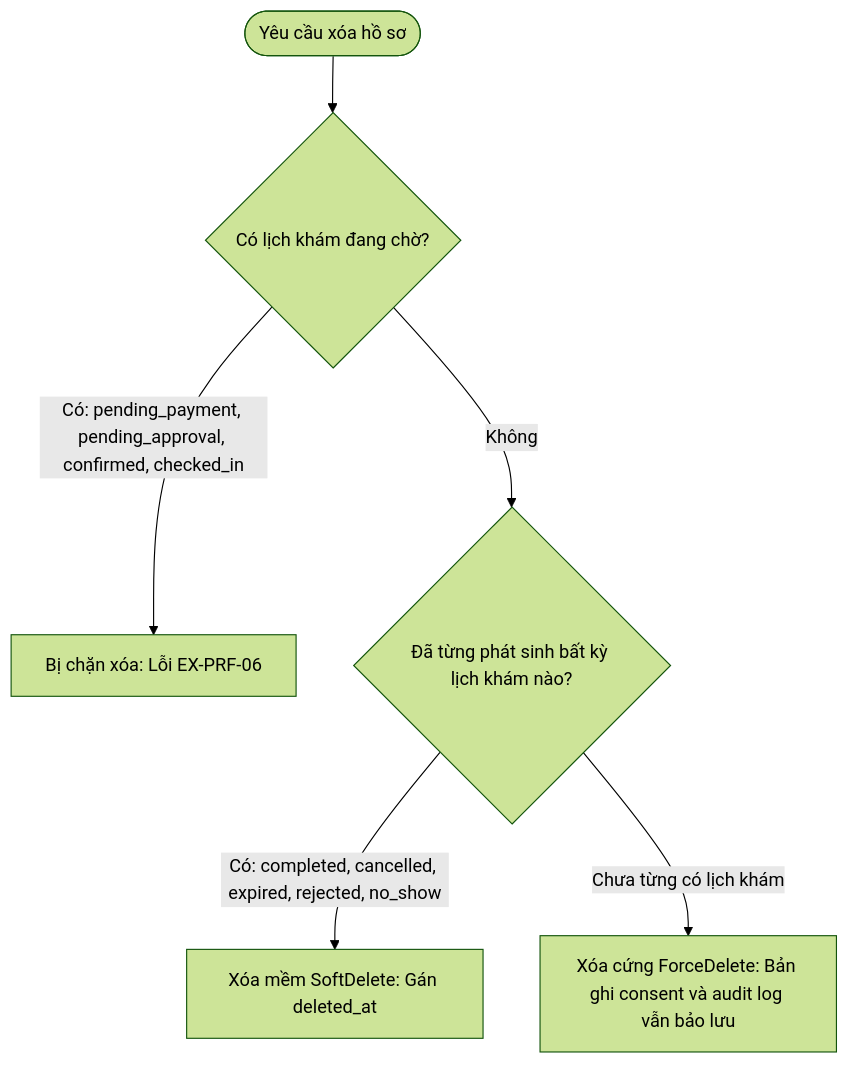
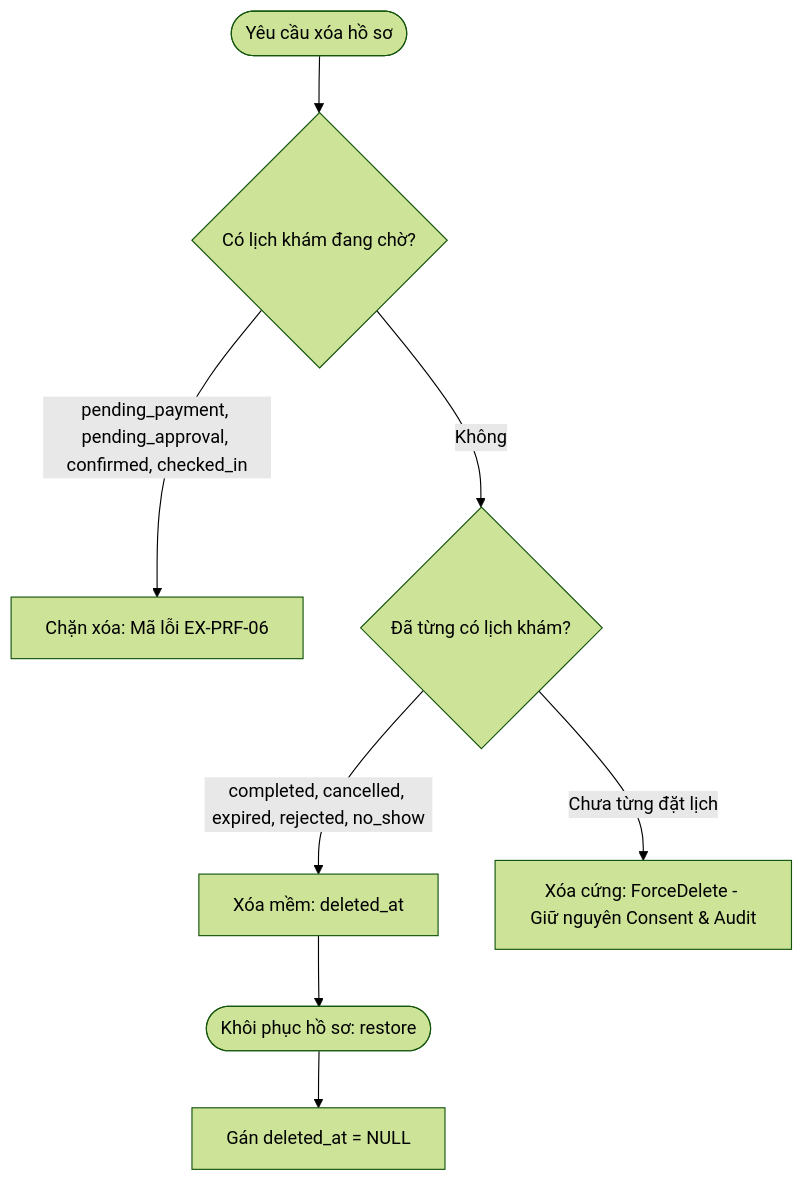
One commit to snowflake-vibing/KnowledgeLibrary changed the diagram in web/project/sprint 4/03_Masking_Snapshot_Va_Chinh_Sach_Xoa.md. Above: the diagram before and after it, drawn with Mermaid (forest theme). The commit also changed other lines of this file and 4 other files, not shown here.

Commit message:
docs(sprint4): align documentation with Sprint 4 requirement and ERD v1.1 PDFs

````diff
--- a/web/project/sprint 4/03_Masking_Snapshot_Va_Chinh_Sach_Xoa.md
+++ b/web/project/sprint 4/03_Masking_Snapshot_Va_Chinh_Sach_Xoa.md
@@ -115,8 +57,10 @@
 ```mermaid
 flowchart TD
     Req([Yêu cầu xóa hồ sơ]) --> CheckActive{Có lịch khám đang chờ?}
-    CheckActive -->|Có: pending_payment, pending_approval, confirmed, checked_in| ThrowEx[Bị chặn xóa: Lỗi EX-PRF-06]
-    CheckActive -->|Không| CheckHistory{Đã từng phát sinh bất kỳ lịch khám nào?}
-    CheckHistory -->|Có: completed, cancelled, expired, rejected, no_show| SoftDelete[Xóa mềm SoftDelete: Gán deleted_at]
-    CheckHistory -->|Chưa từng có lịch khám| HardDelete[Xóa cứng ForceDelete: Bản ghi consent và audit log vẫn bảo lưu]
+    CheckActive -->|pending_payment, pending_approval, confirmed, checked_in| Block[Chặn xóa: Mã lỗi EX-PRF-06]
+    CheckActive -->|Không| CheckHistory{Đã từng có lịch khám?}
+    CheckHistory -->|completed, cancelled, expired, rejected, no_show| SoftDel[Xóa mềm: deleted_at]
+    CheckHistory -->|Chưa từng đặt lịch| HardDel[Xóa cứng: ForceDelete - Giữ nguyên Consent & Audit]
+    SoftDel --> RestoreReq([Khôi phục hồ sơ: restore])
+    RestoreReq --> RestoreSuccess[Gán deleted_at = NULL]
 ```
````
